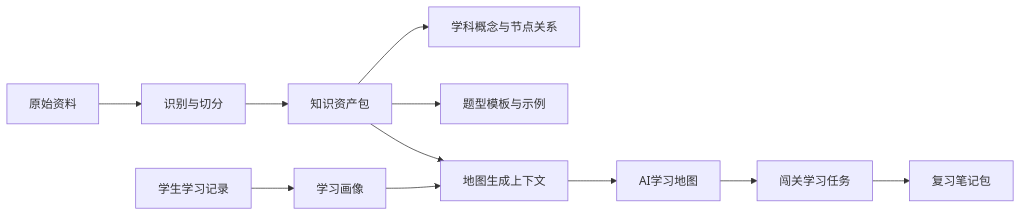
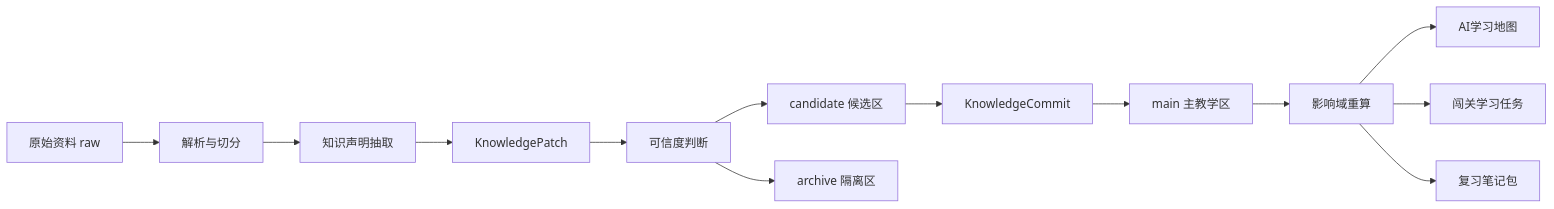
One commit to chenqsq/doc-showcase changed the diagram in doc/作品文档/05-算法与知识库设计.md. Above: the diagram before and after it, drawn with Mermaid. The commit also changed other lines of this file and 10 other files, not shown here.

````diff
--- a/doc/作品文档/05-算法与知识库设计.md
+++ b/doc/作品文档/05-算法与知识库设计.md
@@ -40,13 +43,15 @@
 ```mermaid
 flowchart LR
-    A[原始资料] --> B[识别与切分]
-    B --> C[知识资产包]
-    C --> D[学科概念与节点关系]
-    C --> E[题型模板与示例]
-    C --> F[地图生成上下文]
-    G[学生学习记录] --> H[学习画像]
-    H --> F
-    F --> I[AI学习地图]
-    I --> J[闯关学习任务]
-    J --> K[复习笔记包]
+    A[原始资料 raw] --> B[解析与切分]
+    B --> C[知识声明抽取]
+    C --> D[KnowledgePatch]
+    D --> E[可信度判断]
+    E --> F[candidate 候选区]
+    E --> G[archive 隔离区]
+    F --> H[KnowledgeCommit]
+    H --> I[main 主教学区]
+    I --> J[影响域重算]
+    J --> K[AI学习地图]
+    J --> L[闯关学习任务]
+    J --> M[复习笔记包]
 ```
````
